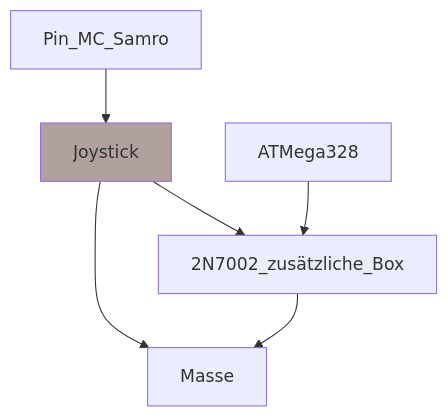
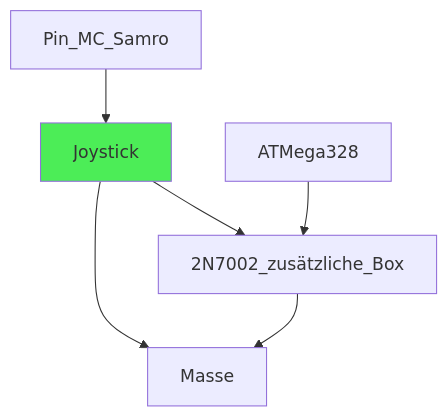
Before and after one commit to al3c00/Samro_Bedienbox: the diagram in README.md, drawn with Mermaid. The commit also changed other lines of this file, not shown here.

````diff
--- a/README.md
+++ b/README.md
@@ -15,10 +15,10 @@
 ```mermaid
   graph TD;
   Pin_MC_Samro-->Joystick;
   Joystick-->2N7002_zusätzliche_Box;
   ATMega328-->2N7002_zusätzliche_Box;
   2N7002_zusätzliche_Box-->Masse;
   Joystick-->Masse;
 
-style Joystick fill:#B0A09E
+style Joystick fill:#4CED57
 ```
````
